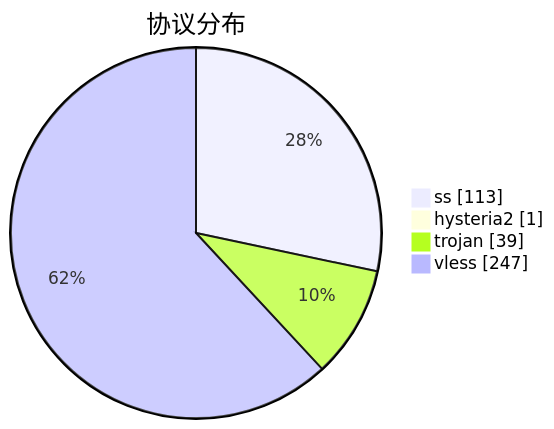
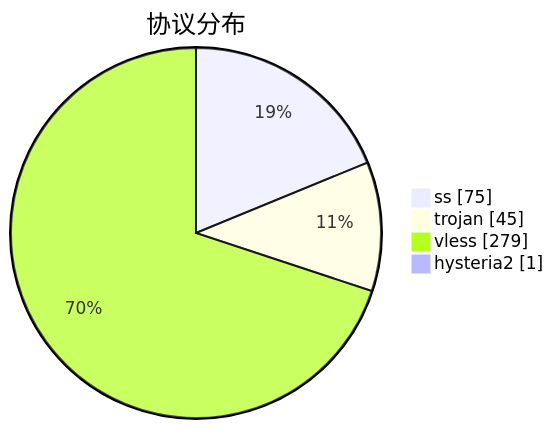
The third of 3 diagrams in subs/statistics/tested_within.md (qjlxg/airport), drawn with Mermaid before and after one commit. The commit also changed other lines of this file and 2 other files, not shown here.

````diff
--- a/subs/statistics/tested_within.md
+++ b/subs/statistics/tested_within.md
@@ -18,8 +19,8 @@
 ```mermaid
 pie showData
 title 协议分布
-"ss" : 113
+"ss" : 75
+"trojan" : 45
+"vless" : 279
 "hysteria2" : 1
-"trojan" : 39
-"vless" : 247
 ```
````
